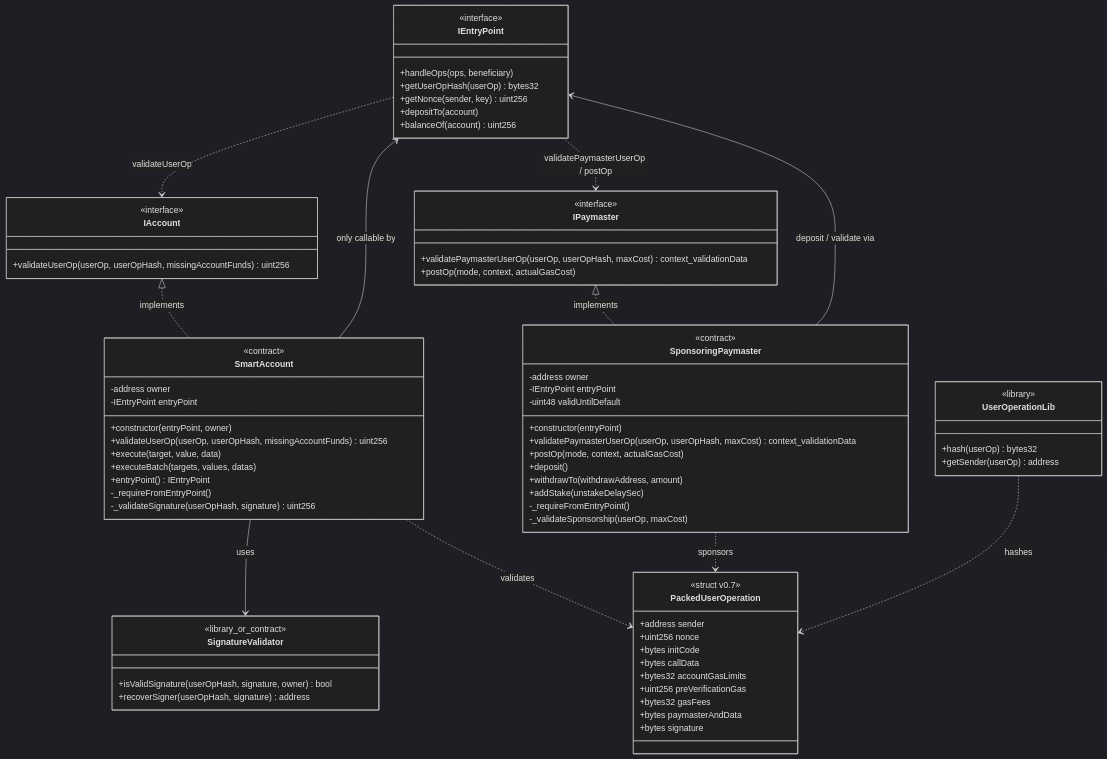
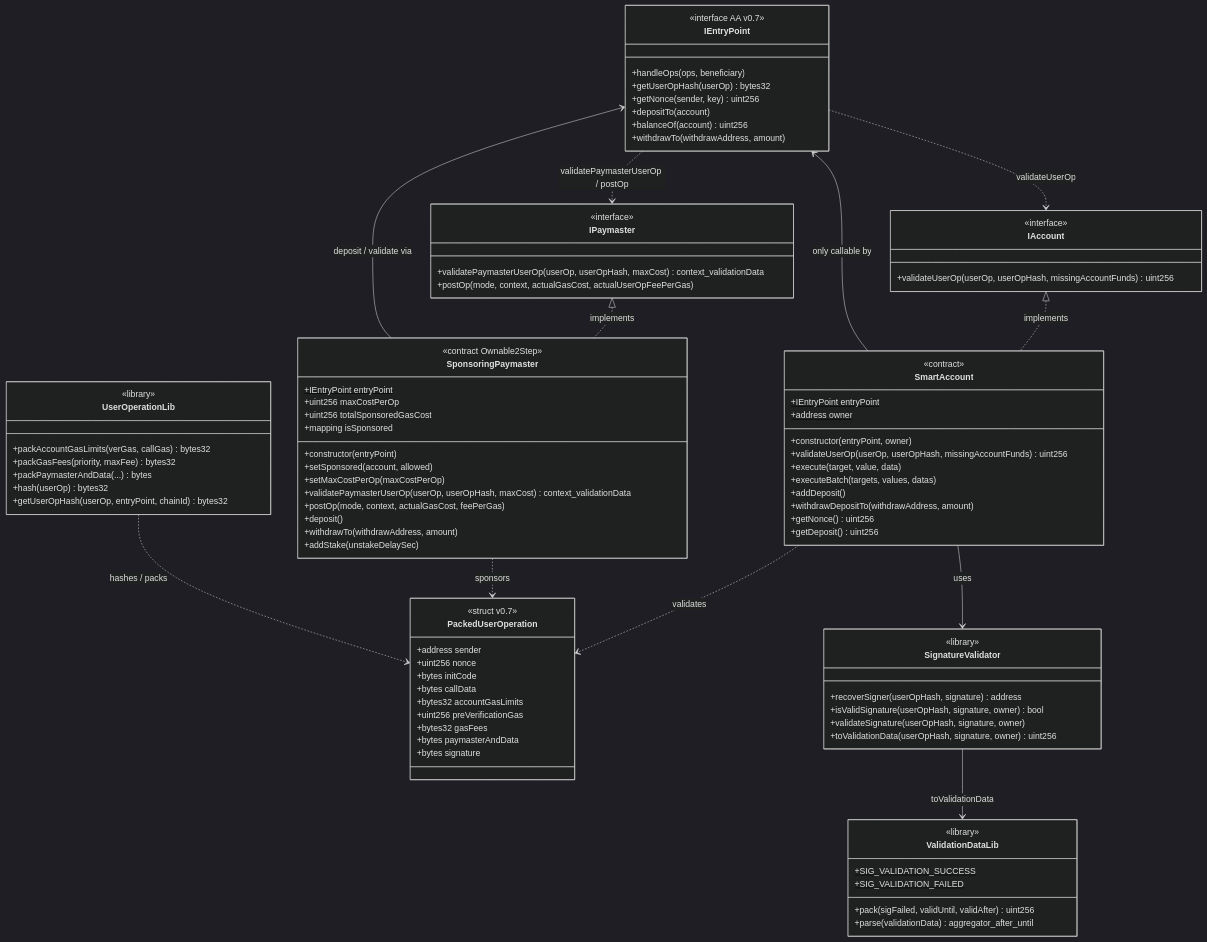
One commit to rastrahm/account-abstraction changed the diagram in doc/diagrama-de-clases.md. Above: the diagram before and after it, drawn with Mermaid (dark theme). The commit also changed other lines of this file and 12 other files, not shown here.

````diff
--- a/doc/diagrama-de-clases.md
+++ b/doc/diagrama-de-clases.md
@@ -9,12 +9,13 @@
     direction TB
 
     class IEntryPoint {
-        <<interface>>
+        <<interface AA v0.7>>
         +handleOps(ops, beneficiary)
         +getUserOpHash(userOp) bytes32
         +getNonce(sender, key) uint256
         +depositTo(account)
         +balanceOf(account) uint256
+        +withdrawTo(withdrawAddress, amount)
     }
 
     class IAccount {
@@ -25,7 +26,7 @@
     class IPaymaster {
         <<interface>>
         +validatePaymasterUserOp(userOp, userOpHash, maxCost) context_validationData
-        +postOp(mode, context, actualGasCost)
+        +postOp(mode, context, actualGasCost, actualUserOpFeePerGas)
     }
 
     class PackedUserOperation {
@@ -42,43 +43,58 @@
     }
 
     class SignatureValidator {
-        <<library_or_contract>>
+        <<library>>
+        +recoverSigner(userOpHash, signature) address
         +isValidSignature(userOpHash, signature, owner) bool
-        +recoverSigner(userOpHash, signature) address
+        +validateSignature(userOpHash, signature, owner)
+        +toValidationData(userOpHash, signature, owner) uint256
     }
 
     class SmartAccount {
         <<contract>>
-        -address owner
-        -IEntryPoint entryPoint
+        +IEntryPoint entryPoint$
+        +address owner$
         +constructor(entryPoint, owner)
         +validateUserOp(userOp, userOpHash, missingAccountFunds) uint256
         +execute(target, value, data)
         +executeBatch(targets, values, datas)
-        +entryPoint() IEntryPoint
-        -_requireFromEntryPoint()
-        -_validateSignature(userOpHash, signature) uint256
+        +addDeposit()
+        +withdrawDepositTo(withdrawAddress, amount)
+        +getNonce() uint256
+        +getDeposit() uint256
     }
 
     class SponsoringPaymaster {
-        <<contract>>
-        -address owner
-        -IEntryPoint entryPoint
-        -uint48 validUntilDefault
+        <<contract Ownable2Step>>
+        +IEntryPoint entryPoint$
+        +uint256 maxCostPerOp
+        +uint256 totalSponsoredGasCost
+        +mapping isSponsored
         +constructor(entryPoint)
+        +setSponsored(account, allowed)
+        +setMaxCostPerOp(maxCostPerOp)
         +validatePaymasterUserOp(userOp, userOpHash, maxCost) context_validationData
-        +postOp(mode, context, actualGasCost)
+        +postOp(mode, context, actualGasCost, feePerGas)
         +deposit()
         +withdrawTo(withdrawAddress, amount)
         +addStake(unstakeDelaySec)
-        -_requireFromEntryPoint()
-        -_validateSponsorship(userOp, maxCost)
     }
 
     class UserOperationLib {
         <<library>>
+        +packAccountGasLimits(verGas, callGas) bytes32
+        +packGasFees(priority, maxFee) bytes32
+        +packPaymasterAndData(...) bytes
         +hash(userOp) bytes32
-        +getSender(userOp) address
+        +getUserOpHash(userOp, entryPoint, chainId) bytes32
+    }
+
+    class ValidationDataLib {
+        <<library>>
+        +SIG_VALIDATION_SUCCESS$
+        +SIG_VALIDATION_FAILED$
+        +pack(sigFailed, validUntil, validAfter) uint256
+        +parse(validationData) aggregator_after_until
     }
 
     IAccount <|.. SmartAccount : implements
@@ -86,9 +102,10 @@
     SmartAccount --> IEntryPoint : only callable by
     SponsoringPaymaster --> IEntryPoint : deposit / validate via
     SmartAccount --> SignatureValidator : uses
+    SignatureValidator --> ValidationDataLib : toValidationData
     SmartAccount ..> PackedUserOperation : validates
     SponsoringPaymaster ..> PackedUserOperation : sponsors
-    UserOperationLib ..> PackedUserOperation : hashes
+    UserOperationLib ..> PackedUserOperation : hashes / packs
     IEntryPoint ..> IAccount : validateUserOp
     IEntryPoint ..> IPaymaster : validatePaymasterUserOp / postOp
 ```
````
